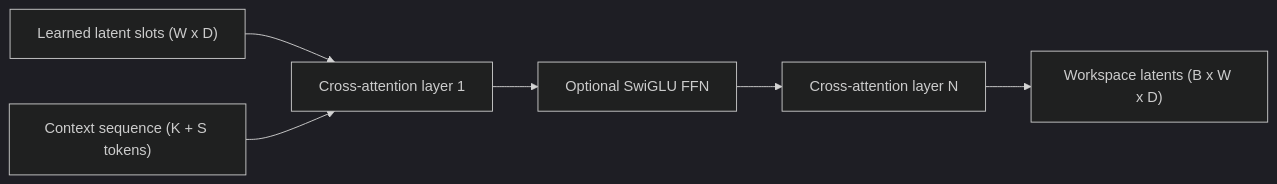
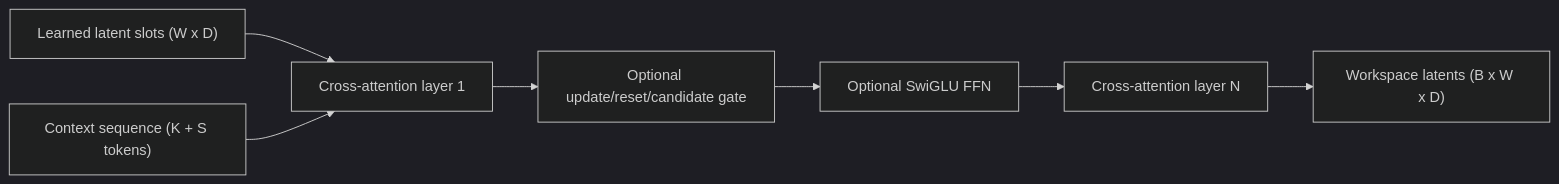
The third of 8 diagrams in docs/wiki/architecture/qtrm-forward-pass.md (edu-ide/wgram-lm), drawn with Mermaid (dark theme) before and after one commit. The commit also changed other lines of this file and 426 other files, not shown here.

Commit message:
docs: record reasoning architecture experiments

````diff
--- a/docs/wiki/architecture/qtrm-forward-pass.md
+++ b/docs/wiki/architecture/qtrm-forward-pass.md
@@ -169,8 +293,9 @@
 ```mermaid
 flowchart LR
     A["Learned latent slots (W x D)"] --> B["Cross-attention layer 1"]
     C["Context sequence (K + S tokens)"] --> B
-    B --> D["Optional SwiGLU FFN"]
+    B --> G["Optional update/reset/candidate gate"]
+    G --> D["Optional SwiGLU FFN"]
     D --> E["Cross-attention layer N"]
     E --> F["Workspace latents (B x W x D)"]
 ```
````
